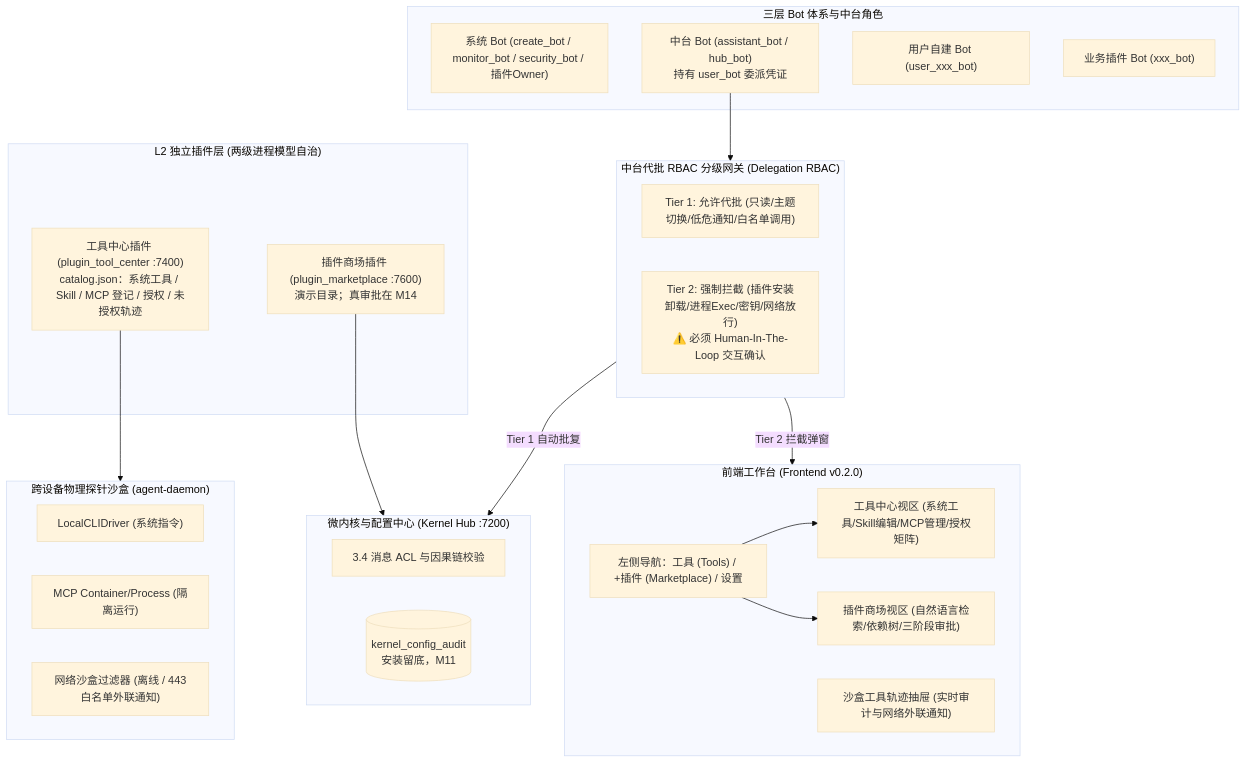
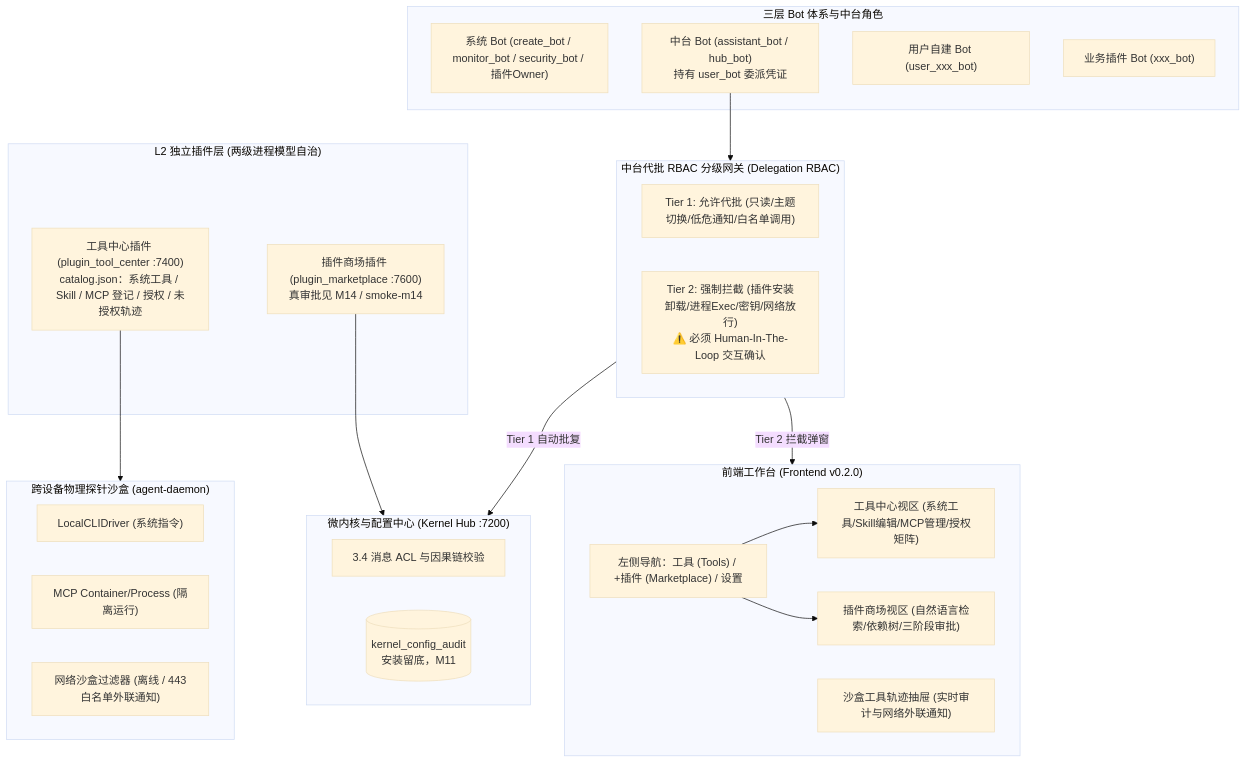
The diagram in doc/milestones/M10-工具中心与代批.md (888xiyan/NexusCore), drawn with Mermaid (base theme) before and after one commit. The commit also changed other lines of this file and 21 other files, not shown here.

````diff
--- a/doc/milestones/M10-工具中心与代批.md
+++ b/doc/milestones/M10-工具中心与代批.md
@@ -25,45 +25,45 @@
 ```mermaid
 flowchart TD
     subgraph UI_Layer["前端工作台 (Frontend v0.2.0)"]
         NAV["左侧导航：工具 (Tools) / +插件 (Marketplace) / 设置"]
         TOOL_UI["工具中心视区 (系统工具/Skill编辑/MCP管理/授权矩阵)"]
         MARKET_UI["插件商场视区 (自然语言检索/依赖树/三阶段审批)"]
         TRAJ_DRAWER["沙盒工具轨迹抽屉 (实时审计与网络外联通知)"]
     end
 
     subgraph Bot_Hierarchy["三层 Bot 体系与中台角色"]
         SYS_BOTS["系统 Bot (create_bot / monitor_bot / security_bot / 插件Owner)"]
         HUB_BOT["中台 Bot (assistant_bot / hub_bot)<br/>持有 user_bot 委派凭证"]
         USER_BOTS["用户自建 Bot (user_xxx_bot)"]
         PLUGIN_BOTS["业务插件 Bot (xxx_bot)"]
     end
 
     subgraph Governance_Gate["中台代批 RBAC 分级网关 (Delegation RBAC)"]
         TIER1["Tier 1: 允许代批 (只读/主题切换/低危通知/白名单调用)"]
         TIER2["Tier 2: 强制拦截 (插件安装卸载/进程Exec/密钥/网络放行)<br/>⚠️ 必须 Human-In-The-Loop 交互确认"]
     end
 
     subgraph Plugin_Layer["L2 独立插件层 (两级进程模型自治)"]
         TC["工具中心插件 (plugin_tool_center :7400)<br/>catalog.json：系统工具 / Skill / MCP 登记 / 授权 / 未授权轨迹"]
-        MP["插件商场插件 (plugin_marketplace :7600)<br/>演示目录；真审批在 M14"]
+        MP["插件商场插件 (plugin_marketplace :7600)<br/>真审批见 M14 / smoke-m14"]
     end
 
     subgraph Kernel_Config["微内核与配置中心 (Kernel Hub :7200)"]
         ACL["3.4 消息 ACL 与因果链校验"]
         AUDIT[("kernel_config_audit<br/>安装留底，M11")]
     end
 
     subgraph Sandbox_Probe["跨设备物理探针沙盒 (agent-daemon)"]
         DRV["LocalCLIDriver (系统指令)"]
         MCP_RUN["MCP Container/Process (隔离运行)"]
         NET_FILTER["网络沙盒过滤器 (离线 / 443白名单外联通知)"]
     end
 
     NAV --> TOOL_UI
     NAV --> MARKET_UI
     HUB_BOT --> Governance_Gate
     Governance_Gate -->|Tier 1 自动批复| Kernel_Config
     Governance_Gate -->|Tier 2 拦截弹窗| UI_Layer
     TC --> Sandbox_Probe
     MP --> Kernel_Config
 ```
````
